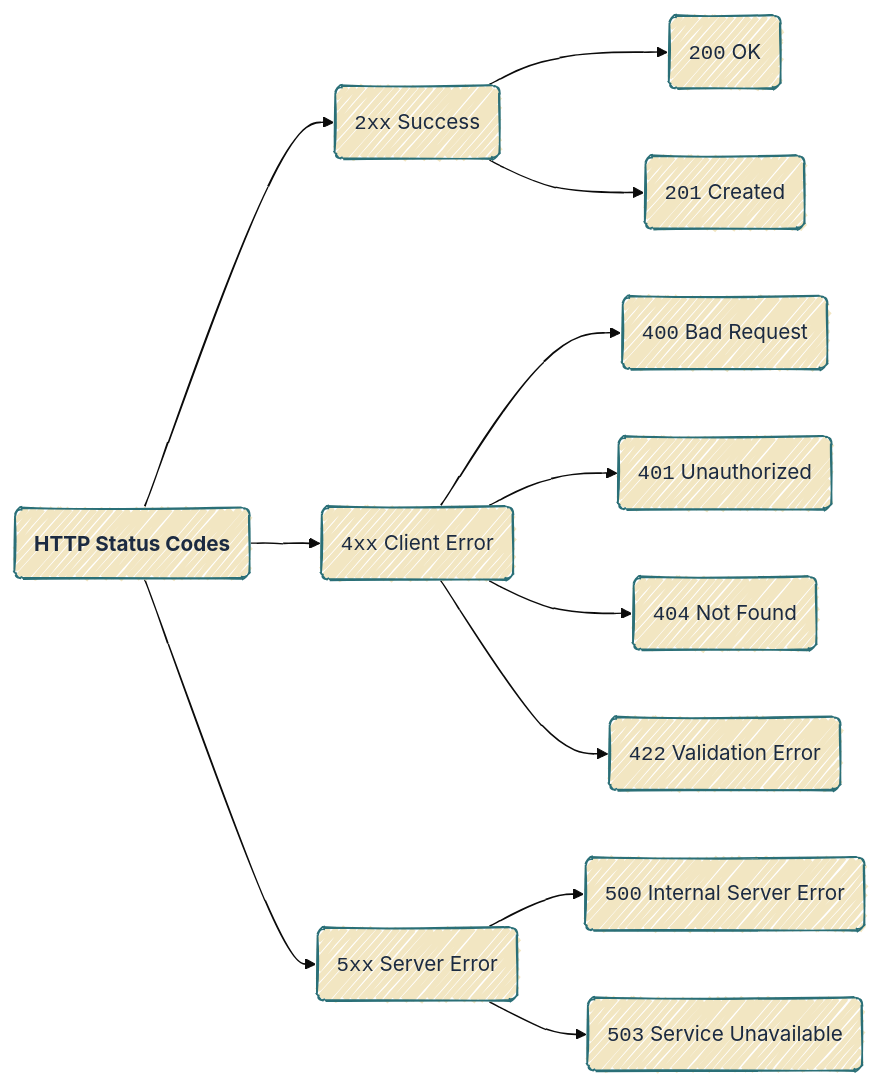
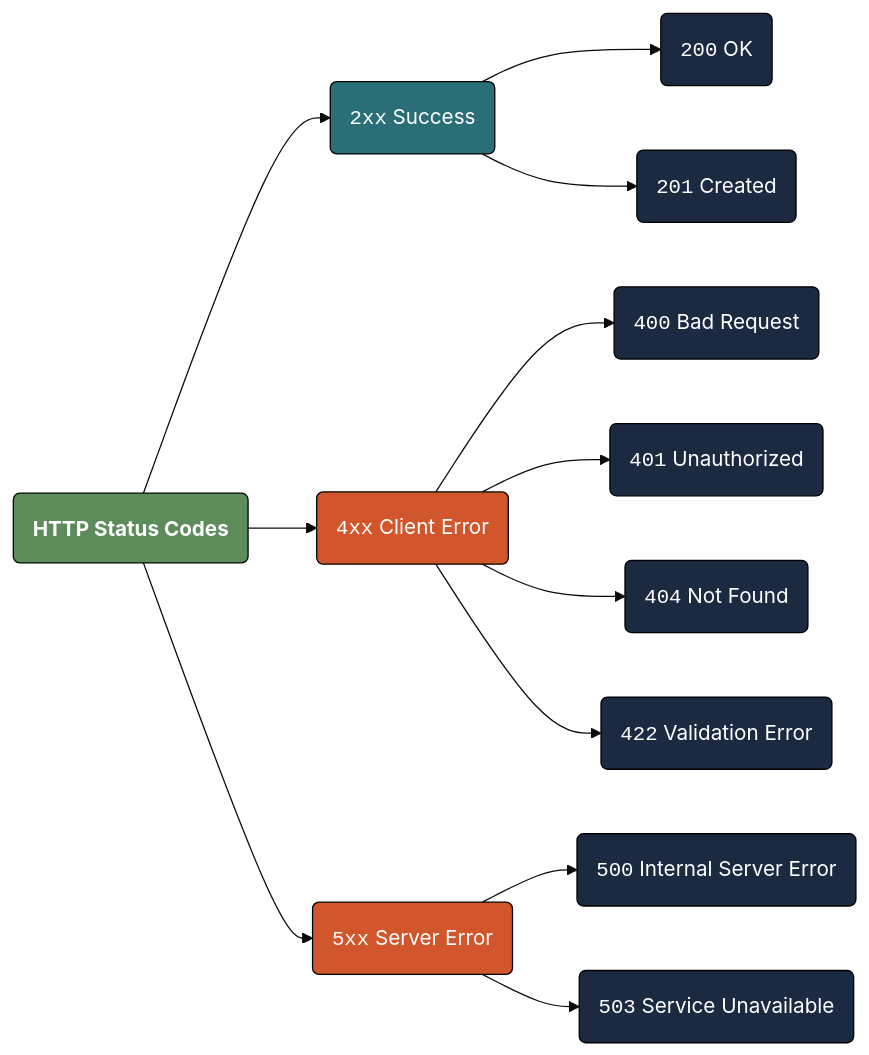
One commit to mjfrigaard/do4ds-labs changed the seventh of 15 diagrams in app-log-py.qmd. Above: the diagram before and after it, drawn with Mermaid. The commit also changed other lines of this file and 48 other files, not shown here.

````diff
--- a/app-log-py.qmd
+++ b/app-log-py.qmd
@@ -751,24 +772,35 @@
 ```{mermaid}
 %%| fig-cap: 'HTTP Status Codes Explained'
 %%| fig-width: 7.0
-%%| fig-align: center
-%%{init: {'theme': 'base', 'look': 'handDrawn', 'themeVariables': {'fontFamily': 'monospace'}}}%%
+%%| fig-align: 'center'
+%%{init: {'theme': 'base', 'themeVariables': {'fontFamily': 'monospace'}}}%%
 
 graph LR
     A("<strong>HTTP Status Codes</strong>") --> B("<code>2xx</code> Success")
     A --> C("<code>4xx</code> Client Error")
     A --> D("<code>5xx</code> Server Error")
-    
+
     B --> B1("<code>200</code> OK")
     B --> B2("<code>201</code> Created")
-    
+
     C --> C1("<code>400</code> Bad Request")
     C --> C2("<code>401</code> Unauthorized")
     C --> C3("<code>404</code> Not Found")
     C --> C4("<code>422</code> Validation Error")
-    
+
     D --> D1("<code>500</code> Internal Server Error")
     D --> D2("<code>503</code> Service Unavailable")
-    classDef default fill:#F2E6C2,stroke:#2A6F77,color:#1B2A41
+    style A fill:#5B8C5A,stroke:#000000,stroke-width:1px,color:#ffffff
+    style B fill:#2A6F77,stroke:#000000,stroke-width:1px,color:#ffffff
+    style C fill:#D2562B,stroke:#000000,stroke-width:1px,color:#ffffff
+    style D fill:#D2562B,stroke:#000000,stroke-width:1px,color:#ffffff
+    style B1 fill:#1B2A41,stroke:#000000,stroke-width:1px,color:#ffffff
+    style B2 fill:#1B2A41,stroke:#000000,stroke-width:1px,color:#ffffff
+    style C1 fill:#1B2A41,stroke:#000000,stroke-width:1px,color:#ffffff
+    style C2 fill:#1B2A41,stroke:#000000,stroke-width:1px,color:#ffffff
+    style C3 fill:#1B2A41,stroke:#000000,stroke-width:1px,color:#ffffff
+    style C4 fill:#1B2A41,stroke:#000000,stroke-width:1px,color:#ffffff
+    style D1 fill:#1B2A41,stroke:#000000,stroke-width:1px,color:#ffffff
+    style D2 fill:#1B2A41,stroke:#000000,stroke-width:1px,color:#ffffff
     
 ```
````
